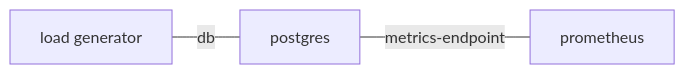
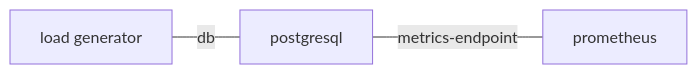
The first of 2 diagrams in docs/how-to/evaluate-telemetry-volume.md (canonical/observability-stack), drawn with Mermaid before and after one commit. The commit also changed other lines of this file, not shown here.

````diff
--- a/docs/how-to/evaluate-telemetry-volume.md
+++ b/docs/how-to/evaluate-telemetry-volume.md
@@ -27,5 +27,5 @@
 ```{mermaid}
 graph LR
-load[load generator] ---|db| postgres
-postgres ---|metrics-endpoint| prometheus
+load[load generator] ---|db| postgresql
+postgresql ---|metrics-endpoint| prometheus
 ```
````
